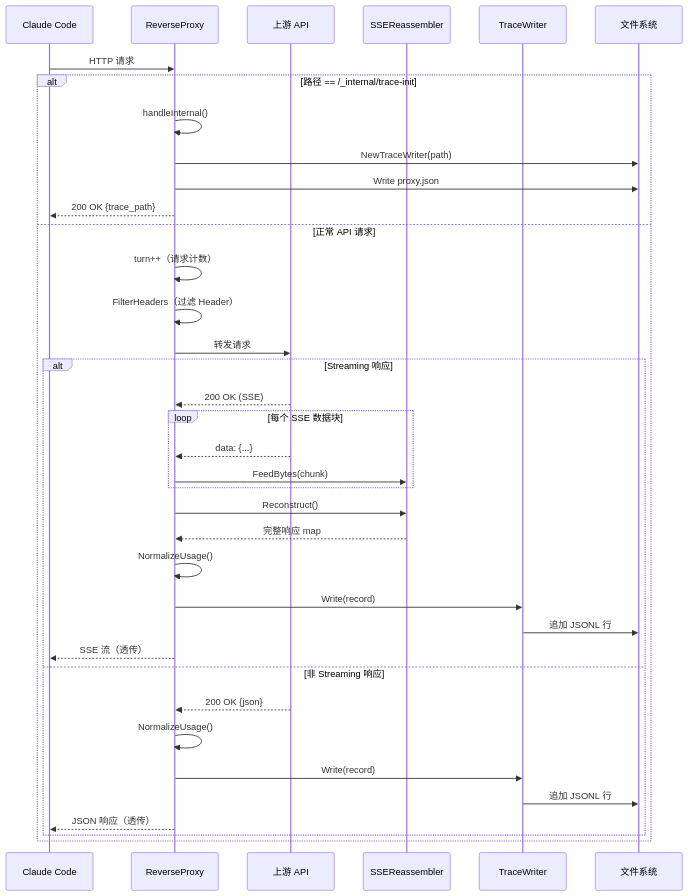
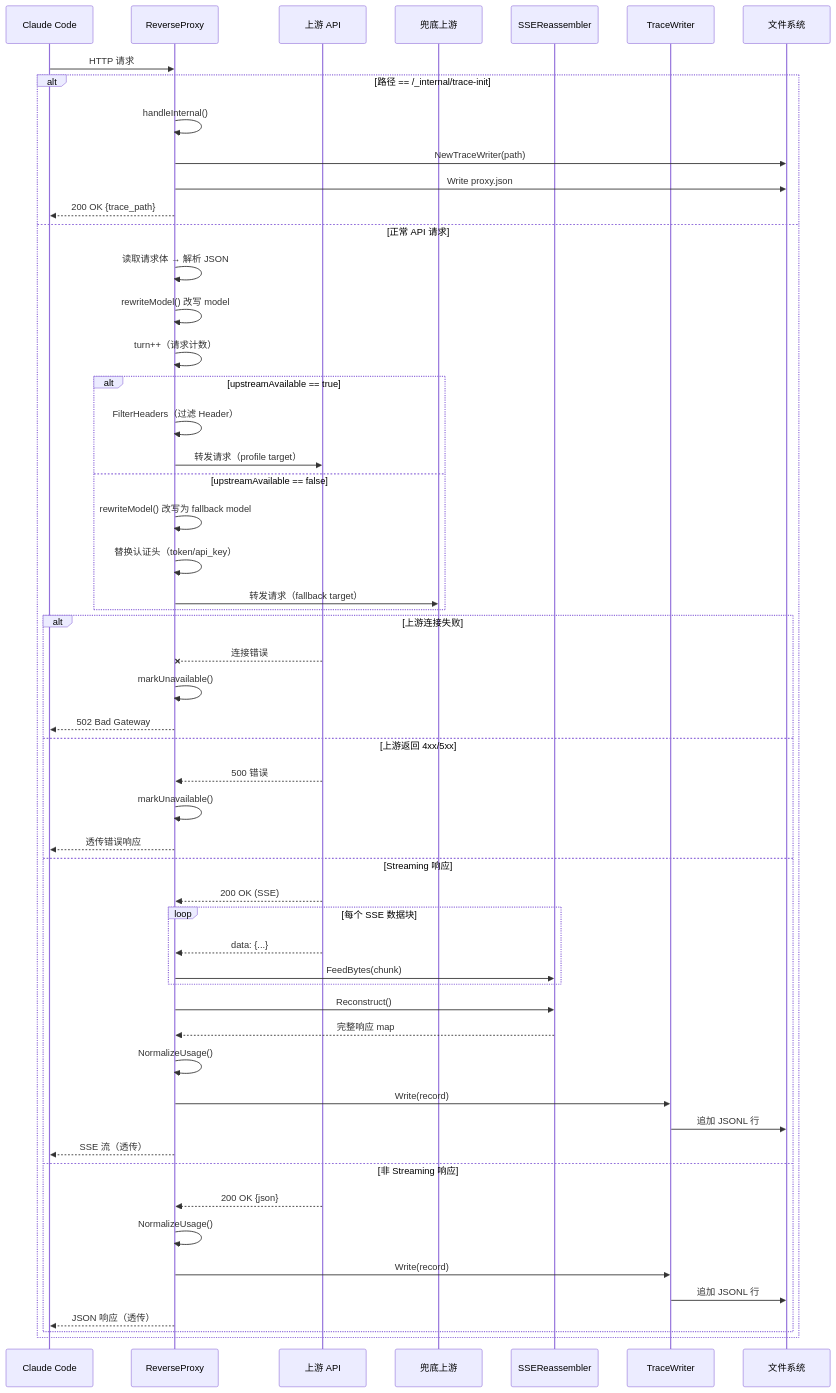
The fifth of 11 diagrams in doc/redeme/claude-tap-plus-diagrams.md (xiaoheiDTF/claude-hk), drawn with Mermaid before and after one commit. The commit also changed other lines of this file, not shown here.

First line of the commit message:
docs: 更新流程图集，补充 model 改写与兜底切换

````diff
--- a/doc/redeme/claude-tap-plus-diagrams.md
+++ b/doc/redeme/claude-tap-plus-diagrams.md
@@ -138,42 +170,60 @@
 ```mermaid
 sequenceDiagram
     participant CC as Claude Code
     participant P as ReverseProxy
     participant Up as 上游 API
+    participant FB as 兜底上游
     participant SSE as SSEReassembler
     participant TW as TraceWriter
     participant FS as 文件系统
 
     CC->>P: HTTP 请求
 
     alt 路径 == /_internal/trace-init
         P->>P: handleInternal()
         P->>FS: NewTraceWriter(path)
         P->>FS: Write proxy.json
         P-->>CC: 200 OK {trace_path}
     else 正常 API 请求
+        P->>P: 读取请求体 → 解析 JSON
+        P->>P: rewriteModel() 改写 model
         P->>P: turn++（请求计数）
-        P->>P: FilterHeaders（过滤 Header）
-        P->>Up: 转发请求
 
-        alt Streaming 响应
+        alt upstreamAvailable == true
+            P->>P: FilterHeaders（过滤 Header）
+            P->>Up: 转发请求（profile target）
+        else upstreamAvailable == false
+            P->>P: rewriteModel() 改写为 fallback model
+            P->>P: 替换认证头（token/api_key）
+            P->>FB: 转发请求（fallback target）
+        end
+
+        alt 上游连接失败
+            Up--xP: 连接错误
+            P->>P: markUnavailable()
+            P-->>CC: 502 Bad Gateway
+        else 上游返回 4xx/5xx
+            Up-->>P: 500 错误
+            P->>P: markUnavailable()
+            P-->>CC: 透传错误响应
+        else Streaming 响应
             Up-->>P: 200 OK (SSE)
             loop 每个 SSE 数据块
                 Up-->>P: data: {...}
                 P->>SSE: FeedBytes(chunk)
             end
             P->>SSE: Reconstruct()
             SSE-->>P: 完整响应 map
             P->>P: NormalizeUsage()
             P->>TW: Write(record)
             TW->>FS: 追加 JSONL 行
             P-->>CC: SSE 流（透传）
         else 非 Streaming 响应
             Up-->>P: 200 OK {json}
             P->>P: NormalizeUsage()
             P->>TW: Write(record)
             TW->>FS: 追加 JSONL 行
             P-->>CC: JSON 响应（透传）
         end
     end
 ```
````
